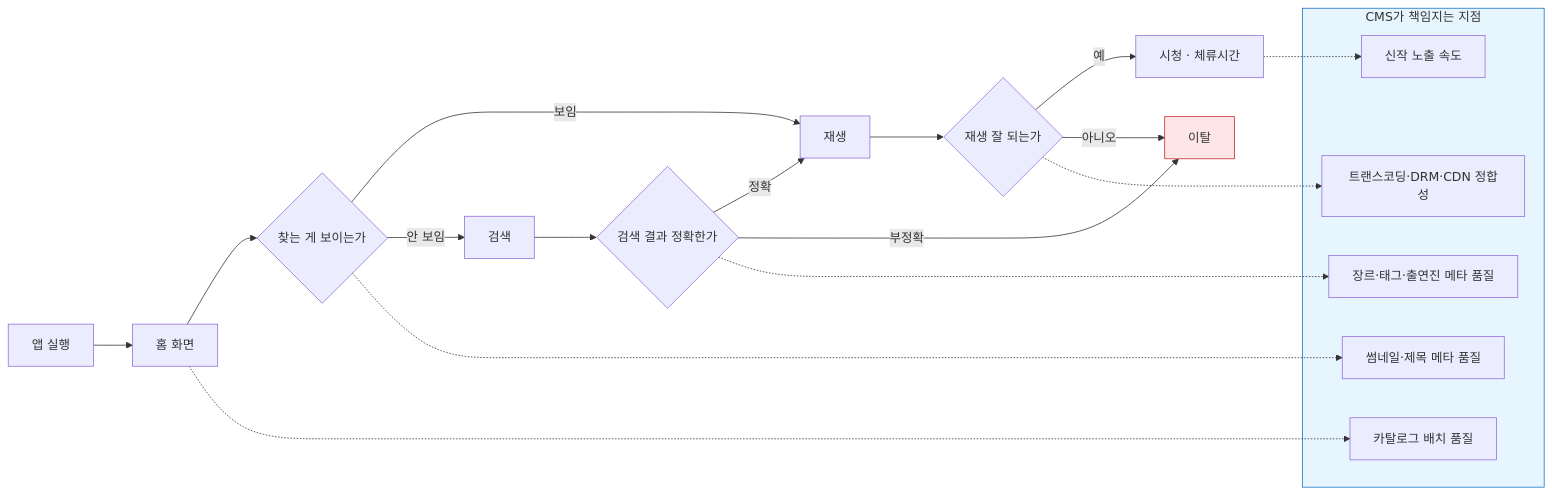
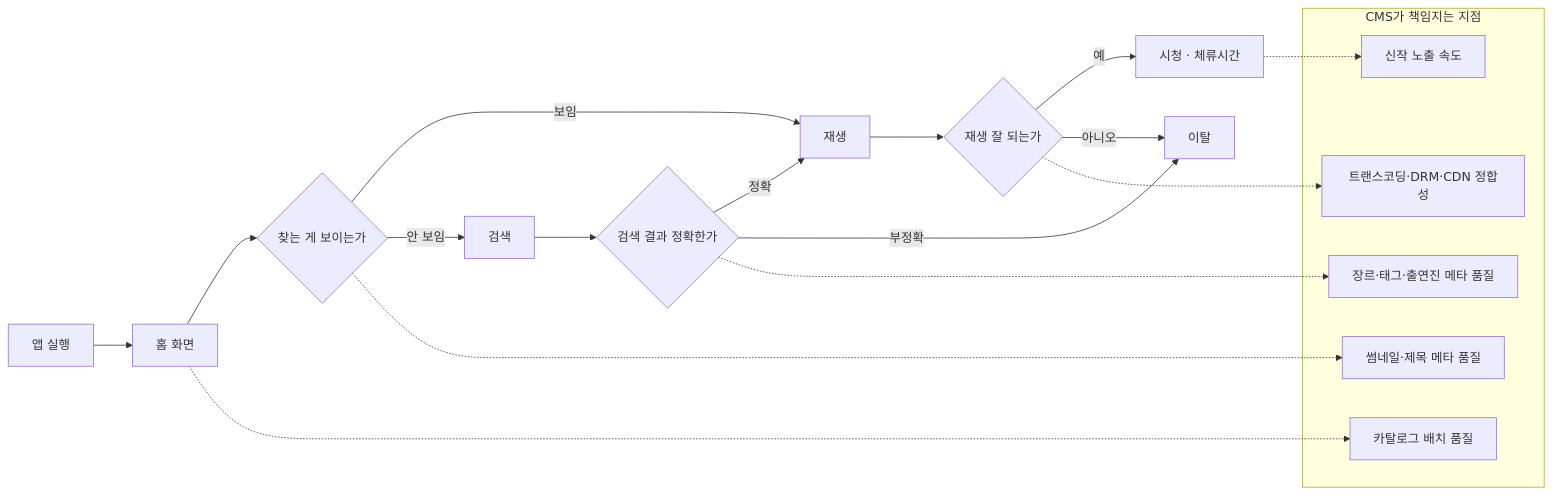
One commit to withwooyong/withwooyong.github.io changed diagram 13 of 20 in pages/product-lead-loadmap/01_CMS.md. Above: the diagram before and after it, drawn with Mermaid. The commit also changed other lines of this file and 16 other files, not shown here.

````diff
--- a/pages/product-lead-loadmap/01_CMS.md
+++ b/pages/product-lead-loadmap/01_CMS.md
@@ -942,30 +886,27 @@
 ```mermaid
 flowchart LR
     V1["앱 실행"] --> V2["홈 화면"]
     V2 --> V3{"찾는 게 보이는가"}
     V3 -->|"보임"| V4["재생"]
     V3 -->|"안 보임"| V5["검색"]
     V5 --> V6{"검색 결과 정확한가"}
     V6 -->|"정확"| V4
     V6 -->|"부정확"| V7["이탈"]
     V4 --> V8{"재생 잘 되는가"}
     V8 -->|"예"| V9["시청 · 체류시간"]
     V8 -->|"아니오"| V7
 
     V2 -.-> M1["카탈로그 배치 품질"]
     V3 -.-> M2["썸네일·제목 메타 품질"]
     V6 -.-> M3["장르·태그·출연진 메타 품질"]
     V8 -.-> M4["트랜스코딩·DRM·CDN 정합성"]
     V9 -.-> M5["신작 노출 속도"]
 
     subgraph CMSIMPACT["CMS가 책임지는 지점"]
         M1
         M2
         M3
         M4
         M5
     end
-
-    style CMSIMPACT fill:#e7f5ff,stroke:#1971c2
-    style V7 fill:#ffe6e6,stroke:#c92a2a
 ```
````
